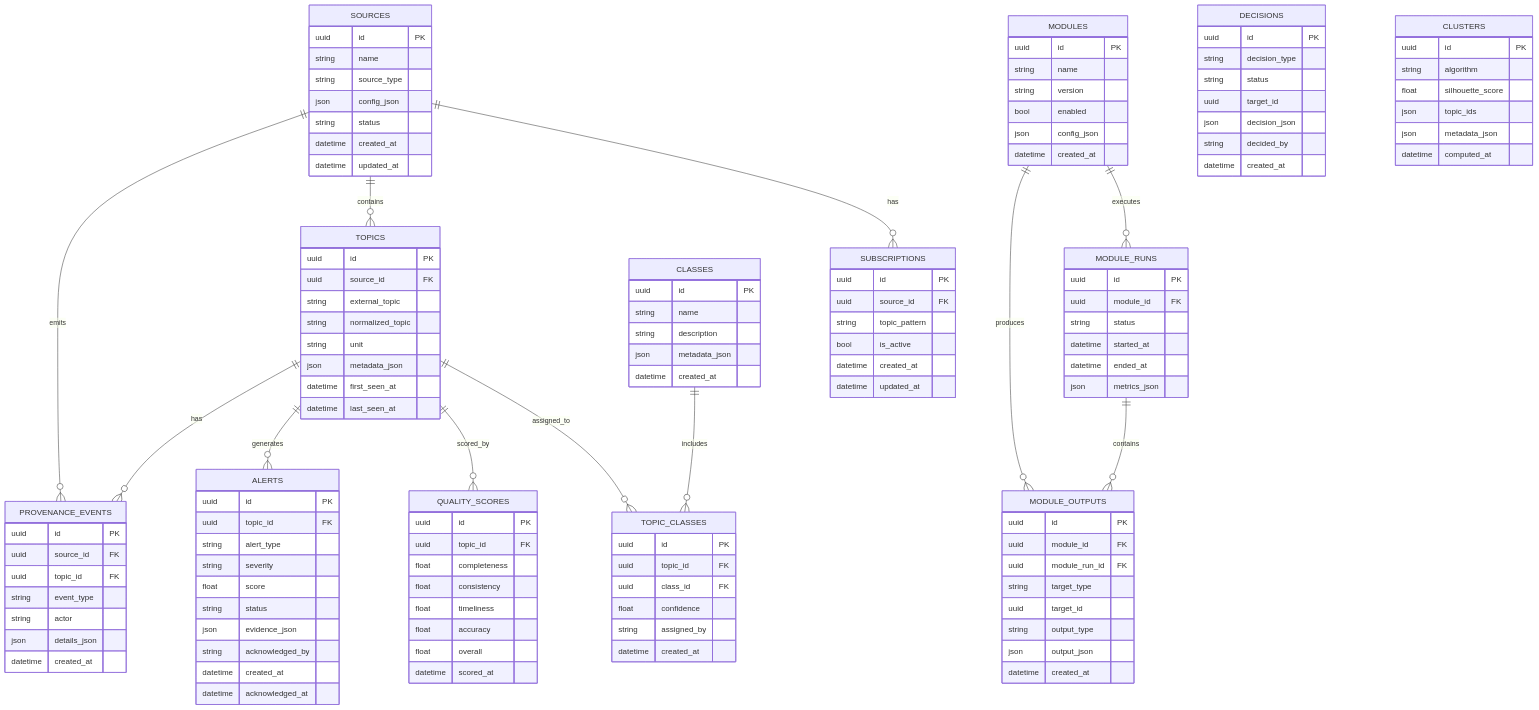
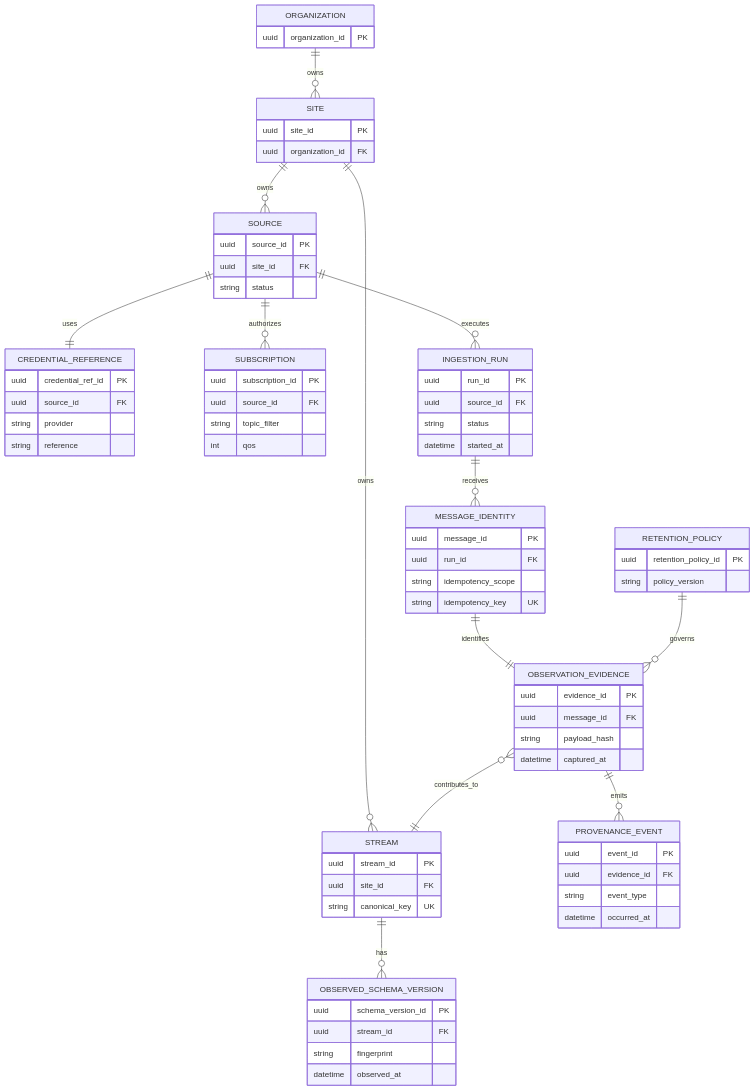
Before and after one commit to Ariunlag/smart-telemetry-governance: the diagram in docs/diagrams/08_erd.mmd, drawn with Mermaid. The commit also changed 26 other files, not shown here.

First line of the commit message:
docs: realign telemetry governance architecture and roadmap

```diff
--- a/docs/diagrams/08_erd.mmd
+++ b/docs/diagrams/08_erd.mmd
@@ -1,144 +1,26 @@
 erDiagram
-    SOURCES {
-        uuid id PK
-        string name
-        string source_type
-        json config_json
-        string status
-        datetime created_at
-        datetime updated_at
-    }
-
-    SUBSCRIPTIONS {
-        uuid id PK
-        uuid source_id FK
-        string topic_pattern
-        bool is_active
-        datetime created_at
-        datetime updated_at
-    }
-
-    TOPICS {
-        uuid id PK
-        uuid source_id FK
-        string external_topic
-        string normalized_topic
-        string unit
-        json metadata_json
-        datetime first_seen_at
-        datetime last_seen_at
-    }
-
-    CLASSES {
-        uuid id PK
-        string name
-        string description
-        json metadata_json
-        datetime created_at
-    }
-
-    TOPIC_CLASSES {
-        uuid id PK
-        uuid topic_id FK
-        uuid class_id FK
-        float confidence
-        string assigned_by
-        datetime created_at
-    }
-
-    MODULES {
-        uuid id PK
-        string name
-        string version
-        bool enabled
-        json config_json
-        datetime created_at
-    }
-
-    MODULE_RUNS {
-        uuid id PK
-        uuid module_id FK
-        string status
-        datetime started_at
-        datetime ended_at
-        json metrics_json
-    }
-
-    MODULE_OUTPUTS {
-        uuid id PK
-        uuid module_id FK
-        uuid module_run_id FK
-        string target_type
-        uuid target_id
-        string output_type
-        json output_json
-        datetime created_at
-    }
-
-    DECISIONS {
-        uuid id PK
-        string decision_type
-        string status
-        uuid target_id
-        json decision_json
-        string decided_by
-        datetime created_at
-    }
-
-    QUALITY_SCORES {
-        uuid id PK
-        uuid topic_id FK
-        float completeness
-        float consistency
-        float timeliness
-        float accuracy
-        float overall
-        datetime scored_at
-    }
-
-    ALERTS {
-        uuid id PK
-        uuid topic_id FK
-        string alert_type
-        string severity
-        float score
-        string status
-        json evidence_json
-        string acknowledged_by
-        datetime created_at
-        datetime acknowledged_at
-    }
-
-    CLUSTERS {
-        uuid id PK
-        string algorithm
-        float silhouette_score
-        json topic_ids
-        json metadata_json
-        datetime computed_at
-    }
-
-    PROVENANCE_EVENTS {
-        uuid id PK
-        uuid source_id FK
-        uuid topic_id FK
-        string event_type
-        string actor
-        json details_json
-        datetime created_at
-    }
-
-    SOURCES ||--o{ SUBSCRIPTIONS : has
-    SOURCES ||--o{ TOPICS : contains
-    SOURCES ||--o{ PROVENANCE_EVENTS : emits
-
-    TOPICS ||--o{ TOPIC_CLASSES : assigned_to
-    CLASSES ||--o{ TOPIC_CLASSES : includes
-
-    TOPICS ||--o{ QUALITY_SCORES : scored_by
-    TOPICS ||--o{ ALERTS : generates
-    TOPICS ||--o{ PROVENANCE_EVENTS : has
-
-    MODULES ||--o{ MODULE_RUNS : executes
-    MODULES ||--o{ MODULE_OUTPUTS : produces
-    MODULE_RUNS ||--o{ MODULE_OUTPUTS : contains
+  %% PROPOSED R1 contract; ADR required before implementation.
+  ORGANIZATION ||--o{ SITE : owns
+  SITE ||--o{ SOURCE : owns
+  SOURCE ||--|| CREDENTIAL_REFERENCE : uses
+  SOURCE ||--o{ SUBSCRIPTION : authorizes
+  SOURCE ||--o{ INGESTION_RUN : executes
+  INGESTION_RUN ||--o{ MESSAGE_IDENTITY : receives
+  MESSAGE_IDENTITY ||--|| OBSERVATION_EVIDENCE : identifies
+  RETENTION_POLICY ||--o{ OBSERVATION_EVIDENCE : governs
+  SITE ||--o{ STREAM : owns
+  OBSERVATION_EVIDENCE }o--|| STREAM : contributes_to
+  STREAM ||--o{ OBSERVED_SCHEMA_VERSION : has
+  OBSERVATION_EVIDENCE ||--o{ PROVENANCE_EVENT : emits
+  ORGANIZATION { uuid organization_id PK }
+  SITE { uuid site_id PK uuid organization_id FK }
+  SOURCE { uuid source_id PK uuid site_id FK string status }
+  CREDENTIAL_REFERENCE { uuid credential_ref_id PK uuid source_id FK string provider string reference }
+  SUBSCRIPTION { uuid subscription_id PK uuid source_id FK string topic_filter int qos }
+  INGESTION_RUN { uuid run_id PK uuid source_id FK string status datetime started_at }
+  MESSAGE_IDENTITY { uuid message_id PK uuid run_id FK string idempotency_scope string idempotency_key UK }
+  OBSERVATION_EVIDENCE { uuid evidence_id PK uuid message_id FK string payload_hash datetime captured_at }
+  STREAM { uuid stream_id PK uuid site_id FK string canonical_key UK }
+  OBSERVED_SCHEMA_VERSION { uuid schema_version_id PK uuid stream_id FK string fingerprint datetime observed_at }
+  PROVENANCE_EVENT { uuid event_id PK uuid evidence_id FK string event_type datetime occurred_at }
+  RETENTION_POLICY { uuid retention_policy_id PK string policy_version }
```
